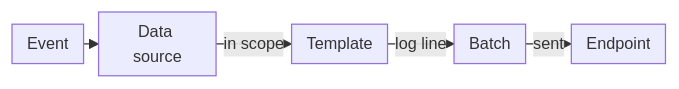
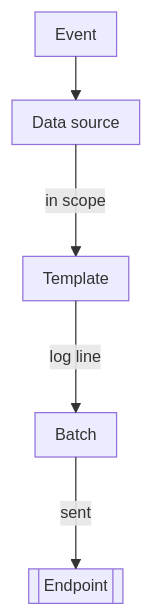
Before and after one commit to aziontech/docs: the diagram in apps/docs/src/content/docs/en/pages/main-menu/reference/observe/data-stream/data-stream.mdx, drawn with Mermaid. The commit also changed 179 other files, not shown here.

Commit message:
docs(diagrams): redraw every other diagram in the use-case diagram style (#2513)

````diff
--- a/apps/docs/src/content/docs/en/pages/main-menu/reference/observe/data-stream/data-stream.mdx
+++ b/apps/docs/src/content/docs/en/pages/main-menu/reference/observe/data-stream/data-stream.mdx
@@ -64,8 +64,8 @@
 ```mermaid
-%%{init: {"layout": "dagre", "themeVariables": {"fontSize": "13px"}, "flowchart": {"nodeSpacing": 12, "rankSpacing": 12, "padding": 6, "wrappingWidth": 70, "minNodeWidth": 40, "useMaxWidth": true}}}%%
-flowchart LR
+%%{init: {"layout": "elk", "themeVariables": {"fontSize": "13px"}, "flowchart": {"nodeSpacing": 24, "rankSpacing": 36, "padding": 8, "wrappingWidth": 150, "useMaxWidth": true}, "sequence": {"width": 120, "actorMargin": 30, "useMaxWidth": true}}}%%
+flowchart TD
   Ev["Event"] --> Src["Data source"]
   Src -->|"in scope"| Tpl["Template"]
   Tpl -->|"log line"| Bat["Batch"]
-  Bat -->|"sent"| End["Endpoint"]
+  Bat -->|"sent"| End[["Endpoint"]]
 ```
````
